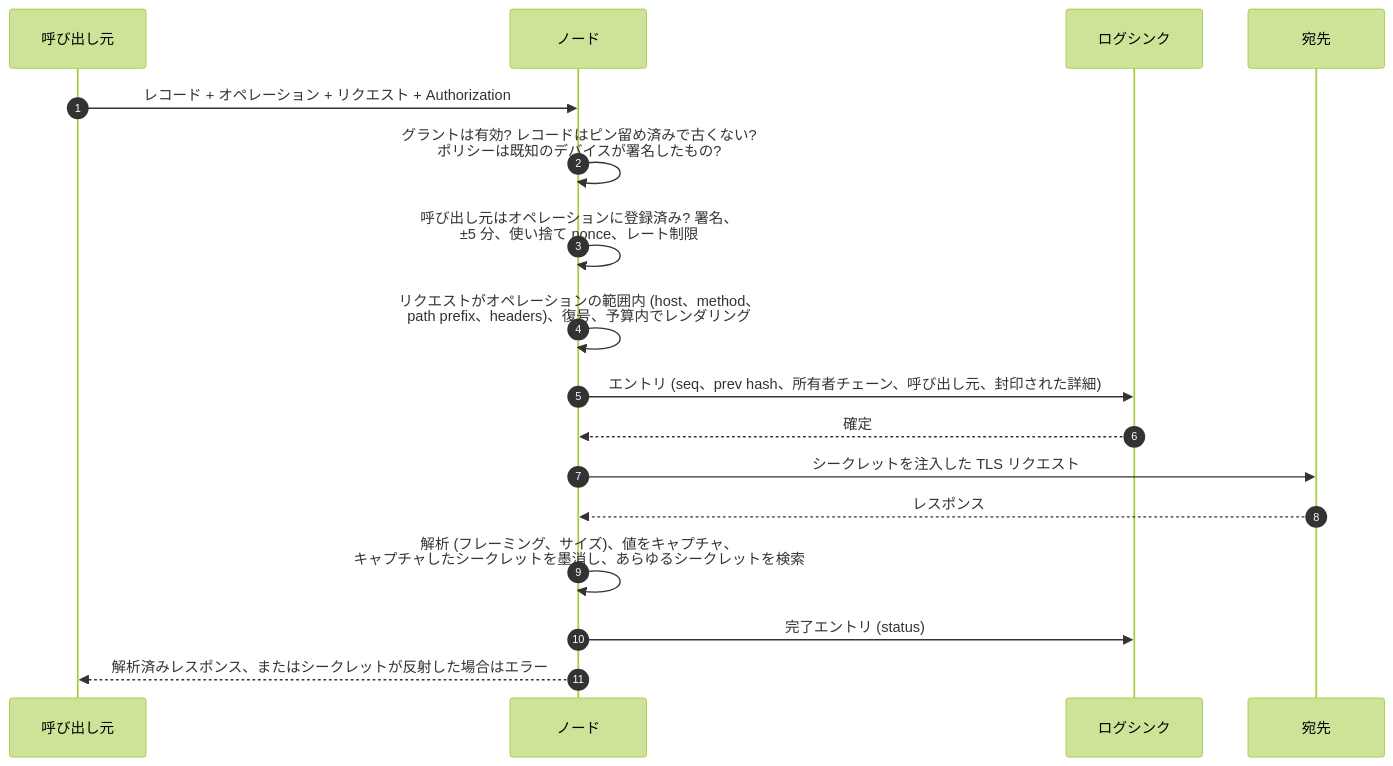
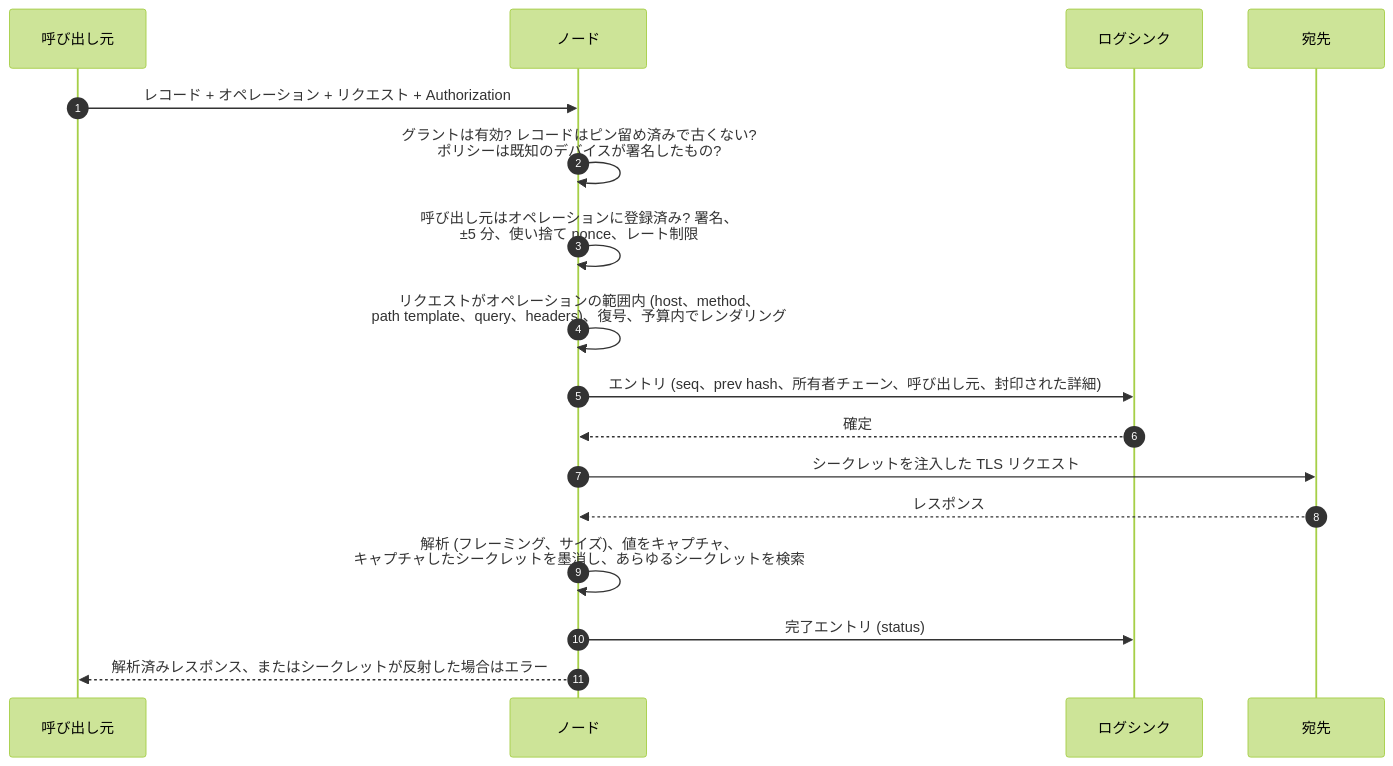
The second of 5 diagrams in docs/i18n/README.ja.md (BloubHQ/credentials), drawn with Mermaid (forest theme) before and after one commit. The commit also changed other lines of this file and 55 other files, not shown here.

````diff
--- a/docs/i18n/README.ja.md
+++ b/docs/i18n/README.ja.md
@@ -80,19 +80,19 @@
 ```mermaid
 sequenceDiagram
     autonumber
     participant C as 呼び出し元
     participant N as ノード
     participant L as ログシンク
     participant D as 宛先
     C->>N: レコード + オペレーション + リクエスト + Authorization
     N->>N: グラントは有効? レコードはピン留め済みで古くない?<br/>ポリシーは既知のデバイスが署名したもの?
     N->>N: 呼び出し元はオペレーションに登録済み? 署名、<br/>±5 分、使い捨て nonce、レート制限
-    N->>N: リクエストがオペレーションの範囲内 (host、method、<br/>path prefix、headers)、復号、予算内でレンダリング
+    N->>N: リクエストがオペレーションの範囲内 (host、method、<br/>path template、query、headers)、復号、予算内でレンダリング
     N->>L: エントリ (seq、prev hash、所有者チェーン、呼び出し元、封印された詳細)
     L-->>N: 確定
     N->>D: シークレットを注入した TLS リクエスト
     D-->>N: レスポンス
     N->>N: 解析 (フレーミング、サイズ)、値をキャプチャ、<br/>キャプチャしたシークレットを墨消し、あらゆるシークレットを検索
     N->>L: 完了エントリ (status)
     N-->>C: 解析済みレスポンス、またはシークレットが反射した場合はエラー
 ```
````
